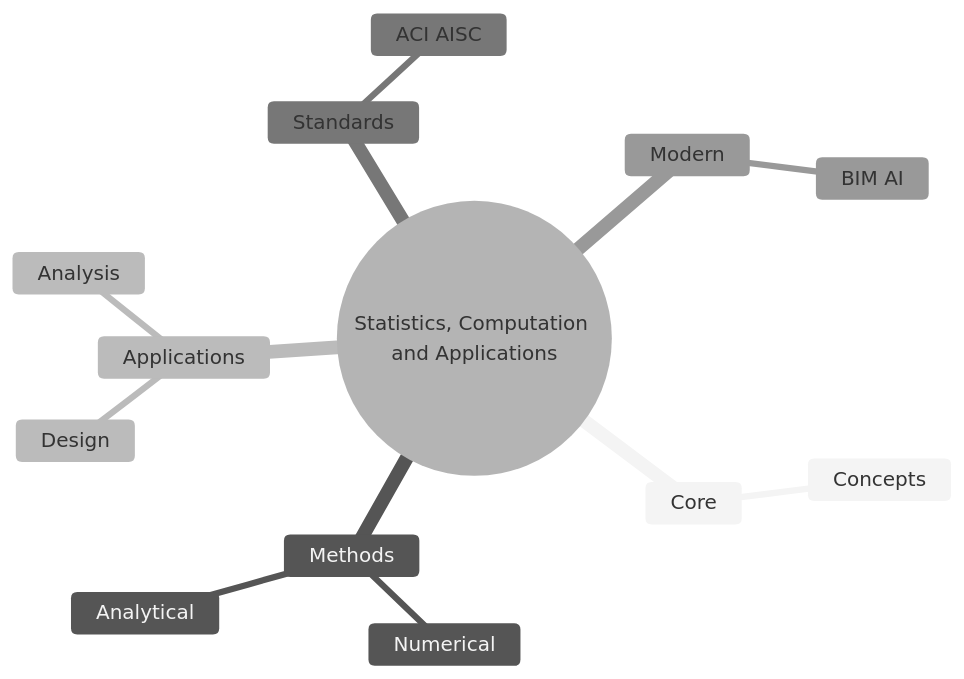
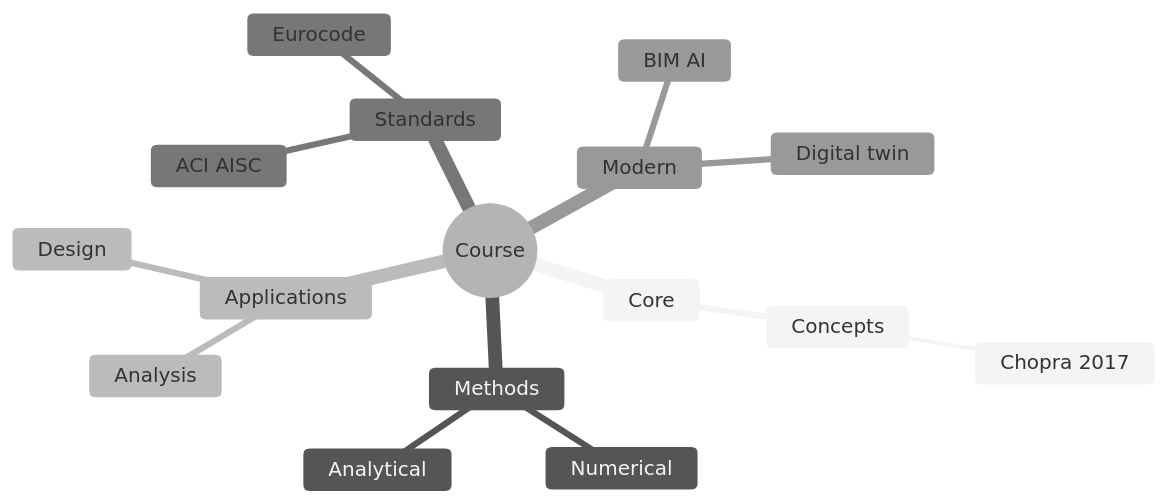
The second of 6 diagrams in MIT_CEE_UREs/IDS.012_Statistics_Computation_and_Applications.md (yip-lgtm/civil-bootcamp), drawn with Mermaid (neutral theme) before and after one commit. The commit also changed other lines of this file and 56 other files, not shown here.

````diff
--- a/MIT_CEE_UREs/IDS.012_Statistics_Computation_and_Applications.md
+++ b/MIT_CEE_UREs/IDS.012_Statistics_Computation_and_Applications.md
@@ -261,16 +441,19 @@
 ```mermaid
 mindmap
-    root((Statistics, Computation and Applications))
-      Core
-        Concepts
-      Methods
-        Analytical
-        Numerical
-      Applications
-        Design
-        Analysis
-      Standards
-        ACI AISC
-      Modern
-        BIM AI
+  root((Course))
+    Core
+      Concepts
+        Chopra 2017
+    Methods
+      Analytical
+      Numerical
+    Applications
+      Design
+      Analysis
+    Standards
+      ACI AISC
+      Eurocode
+    Modern
+      BIM AI
+      Digital twin
 ```
````
